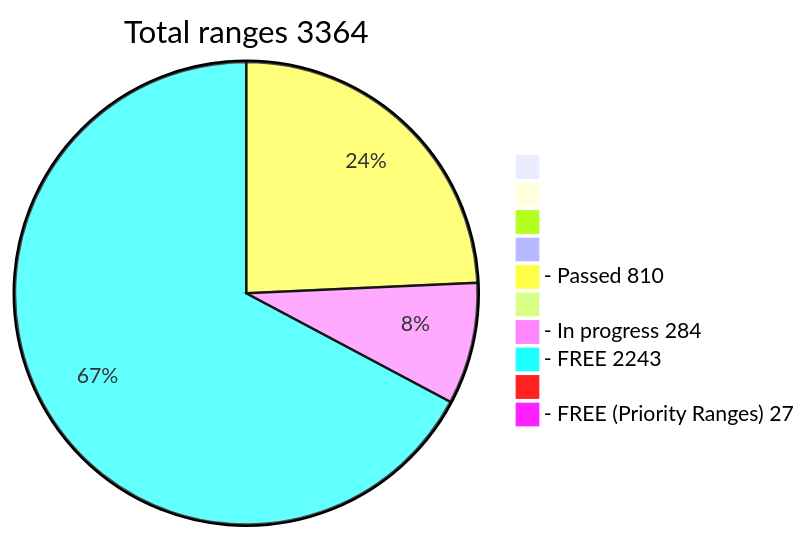
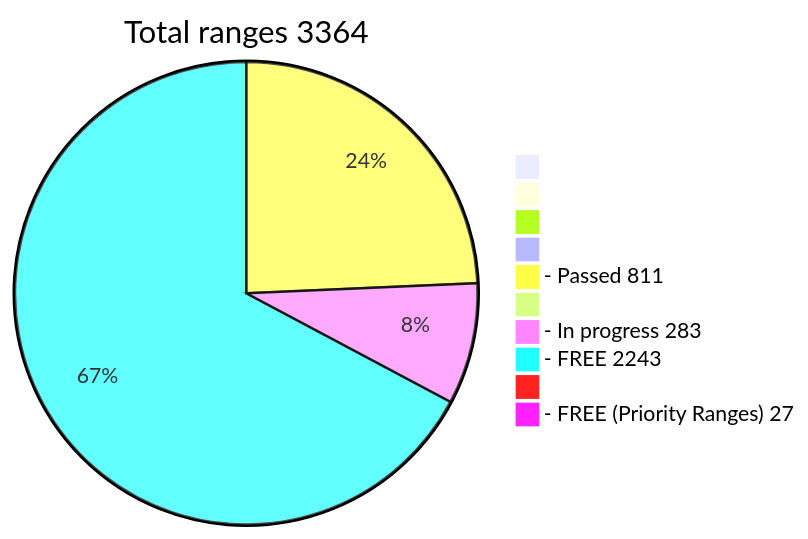
One commit to phrutis/wif500 changed the diagram in README.md. Above: the diagram before and after it, drawn with Mermaid.

````diff
--- a/README.md
+++ b/README.md
@@ -16,13 +16,13 @@
 ```mermaid
 pie title Total ranges 3364
              " " : 0
             "  " : 0
            "   " : 0
           "    " : 0
-  "- Passed 810" : 810
+  "- Passed 811" : 811
          "     " : 0
-  "- In progress 284" : 284
+  "- In progress 283" : 283
    "- FREE 2243" : 2243
         "      " : 0
   "- FREE (Priority Ranges) 27" : 27
 ```
````
